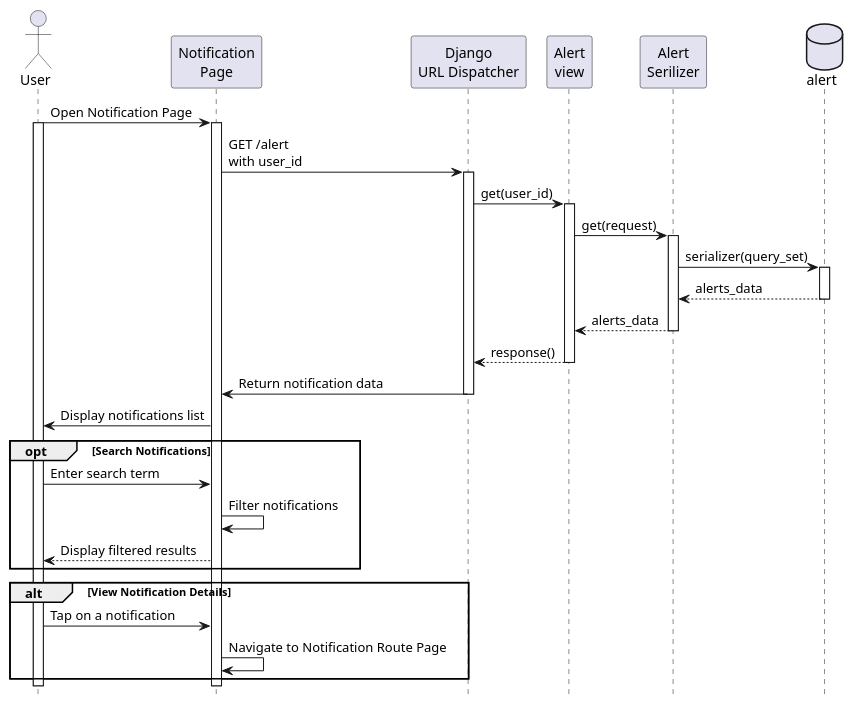
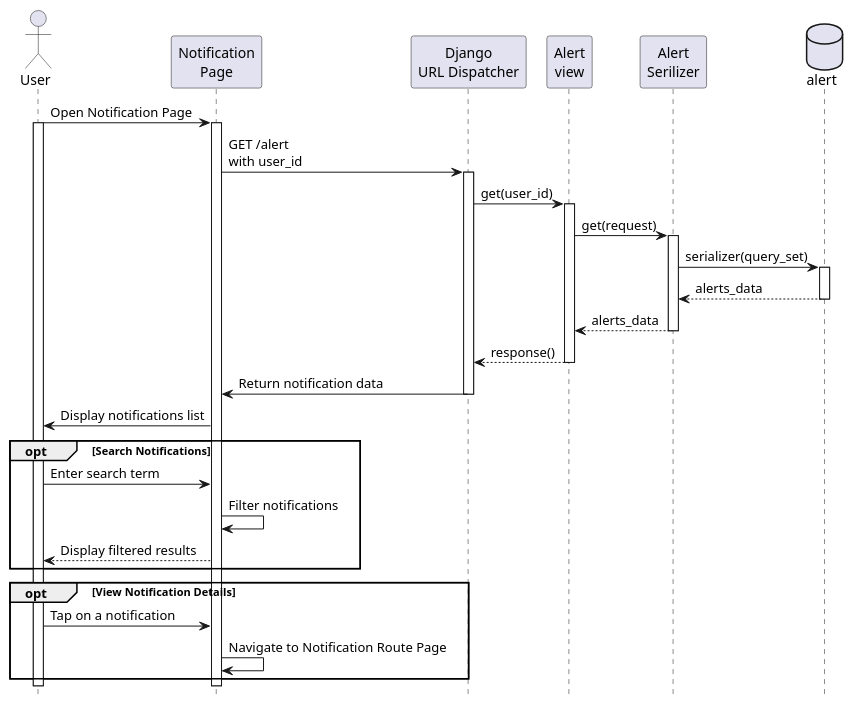
Before and after one commit to KMITL-BusBuddy/diagram: the diagram in notification/notification_screen.puml, drawn with PlantUML. The commit also changed 8 other files, not shown here.

Commit message:
modular diagram

```diff
--- a/notification/notification_screen.puml
+++ b/notification/notification_screen.puml
@@ -1,53 +1,53 @@
 @startuml notification_screen
 
 hide footbox
 
 actor User
 participant "Notification\nPage" as UI
 participant "Django\nURL Dispatcher" as API
 participant "Alert\nview" as view
 ' participant "Alert\nService" as service
 participant "Alert\nSerilizer" as serializer
 database "alert" as table
 
 
 User -> UI: Open Notification Page
 activate User
 activate UI
 UI -> API: GET /alert \nwith user_id
 activate API
 
 ' API Call
 API -> view: get(user_id)
 activate view
 view -> serializer: get(request)
 activate serializer
 serializer -> table: serializer(query_set)
 activate table
 table --> serializer: alerts_data
 deactivate table
 serializer --> view: alerts_data
 deactivate serializer
 view --> API: response()
 deactivate view
 
 ' Display Notifications
 API -> UI: Return notification data
 deactivate API
 UI -> User: Display notifications list
 
 opt Search Notifications
     User -> UI: Enter search term
     UI -> UI: Filter notifications
     UI --> User: Display filtered results
 end
 
-alt View Notification Details
+opt View Notification Details
     User -> UI: Tap on a notification
     UI -> UI: Navigate to Notification Route Page
 end
 
 deactivate UI
 deactivate User
 
 @enduml
```
